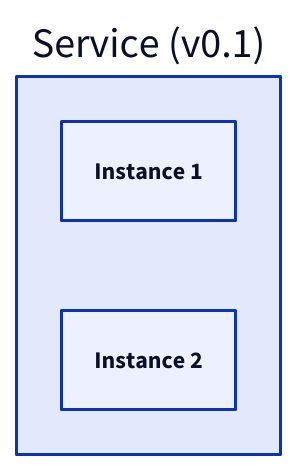
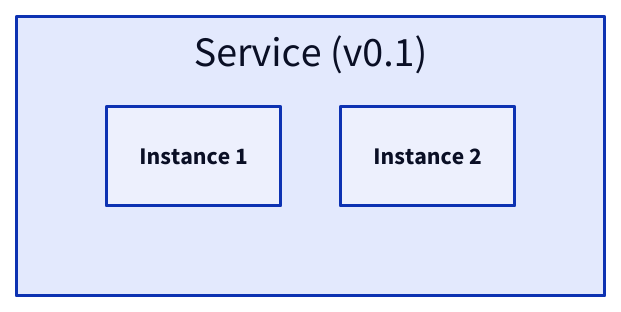
The first of 9 diagrams in content/docs/system-administration/system-deployment/deployment-strategies.md (link1905/system-design-101), drawn with D2 before and after one commit. The commit also changed other lines of this file and 21 other files, not shown here.

````diff
--- a/content/docs/system-administration/system-deployment/deployment-strategies.md
+++ b/content/docs/system-administration/system-deployment/deployment-strategies.md
@@ -12,11 +12,11 @@
 ```d2
-direction: right
 s1: Service (v0.1) {
+  grid-rows: 1
   i1: Instance 1 {
     class: server
   }
   i2: Instance 2 {
     class: server
   }
 }
 ```
````
